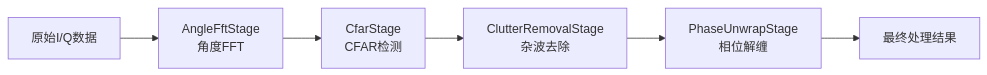
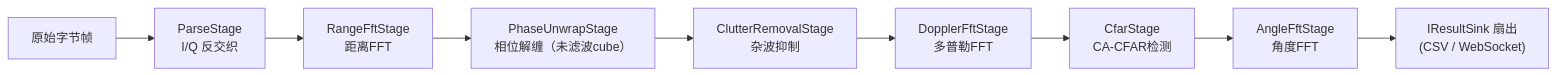
Before and after one commit to Lukad77/awr1843-radar-toolkit: the fifth of 10 diagrams in .qoder/repowiki/zh/content/实时处理流水线与数据流.md, drawn with Mermaid. The commit also changed other lines of this file and 4 other files, not shown here.

````diff
--- a/.qoder/repowiki/zh/content/实时处理流水线与数据流.md
+++ b/.qoder/repowiki/zh/content/实时处理流水线与数据流.md
@@ -284,8 +280,11 @@
 ```mermaid
 flowchart LR
-Input["原始I/Q数据"] --> AngleFFT["AngleFftStage<br/>角度FFT"]
-AngleFFT --> CFAR["CfarStage<br/>CFAR检测"]
-CFAR --> Clutter["ClutterRemovalStage<br/>杂波去除"]
-Clutter --> Phase["PhaseUnwrapStage<br/>相位解缠"]
-Phase --> Output["最终处理结果"]
+Input["原始字节帧"] --> Parse["ParseStage<br/>I/Q 反交织"]
+Parse --> RangeFFT["RangeFftStage<br/>距离FFT"]
+RangeFFT --> Phase["PhaseUnwrapStage<br/>相位解缠（未滤波cube）"]
+Phase --> Clutter["ClutterRemovalStage<br/>杂波抑制"]
+Clutter --> Doppler["DopplerFftStage<br/>多普勒FFT"]
+Doppler --> CFAR["CfarStage<br/>CA-CFAR检测"]
+CFAR --> AngleFFT["AngleFftStage<br/>角度FFT"]
+AngleFFT --> Sinks["IResultSink 扇出<br/>(CSV / WebSocket)"]
 ```
````
